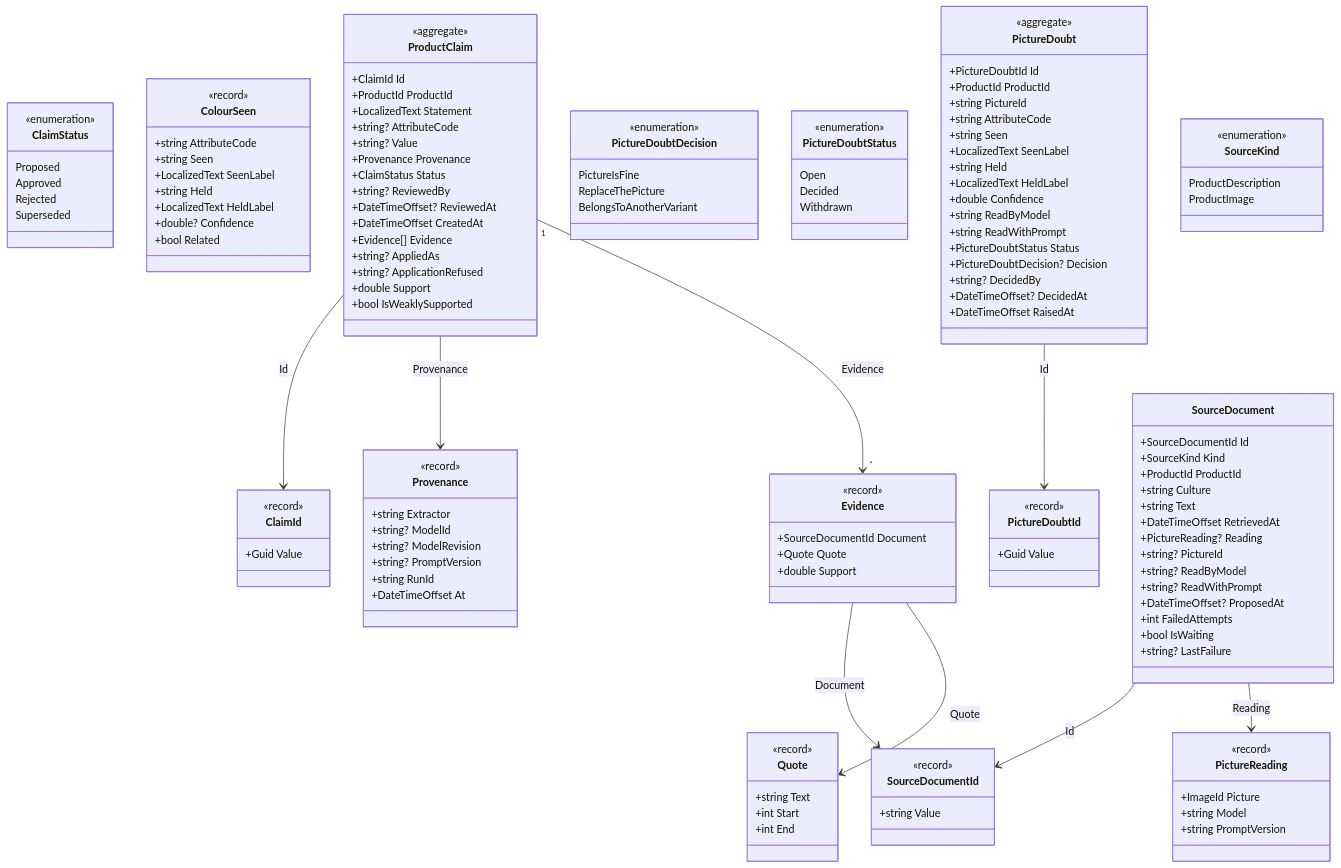
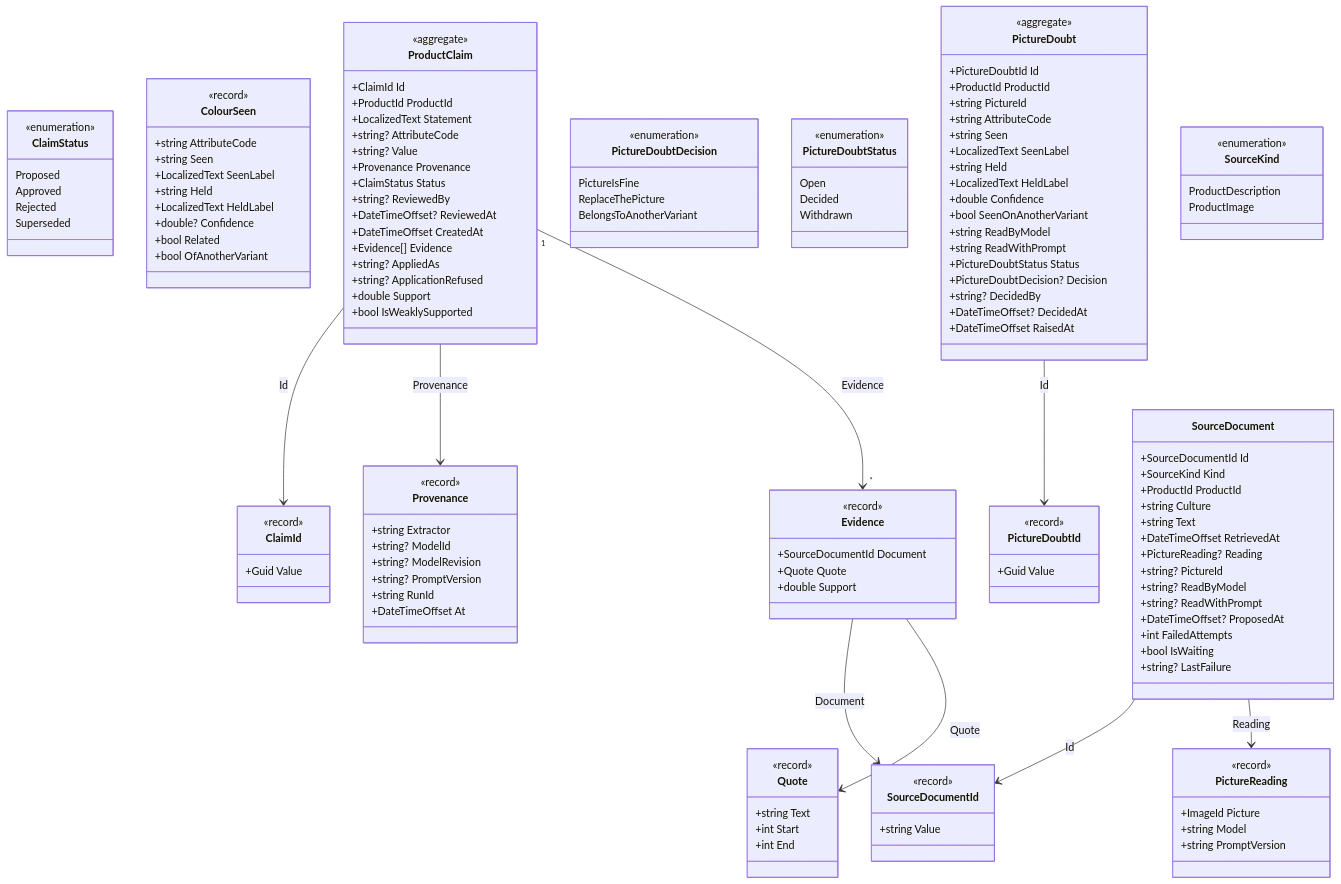
Before and after one commit to juanluelguerre/tendero: diagram 13 of 17 in docs/domain-model.md, drawn with Mermaid. The commit also changed other lines of this file and 27 other files, not shown here.

```diff
--- a/docs/domain-model.md
+++ b/docs/domain-model.md
@@ -904,6 +911,7 @@
         +LocalizedText HeldLabel
         +double? Confidence
         +bool Related
+        +bool OfAnotherVariant
     }
     class Evidence {
         <<record>>
@@ -922,6 +930,7 @@
         +string Held
         +LocalizedText HeldLabel
         +double Confidence
+        +bool SeenOnAnotherVariant
         +string ReadByModel
         +string ReadWithPrompt
         +PictureDoubtStatus Status
```
